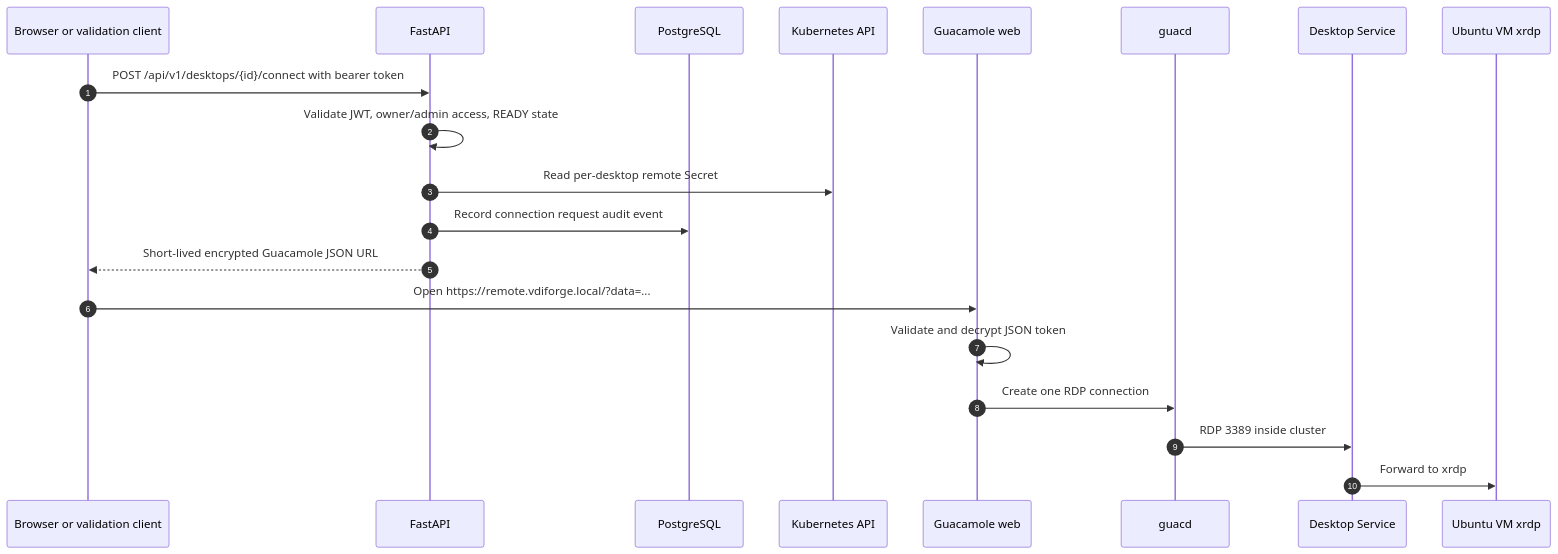
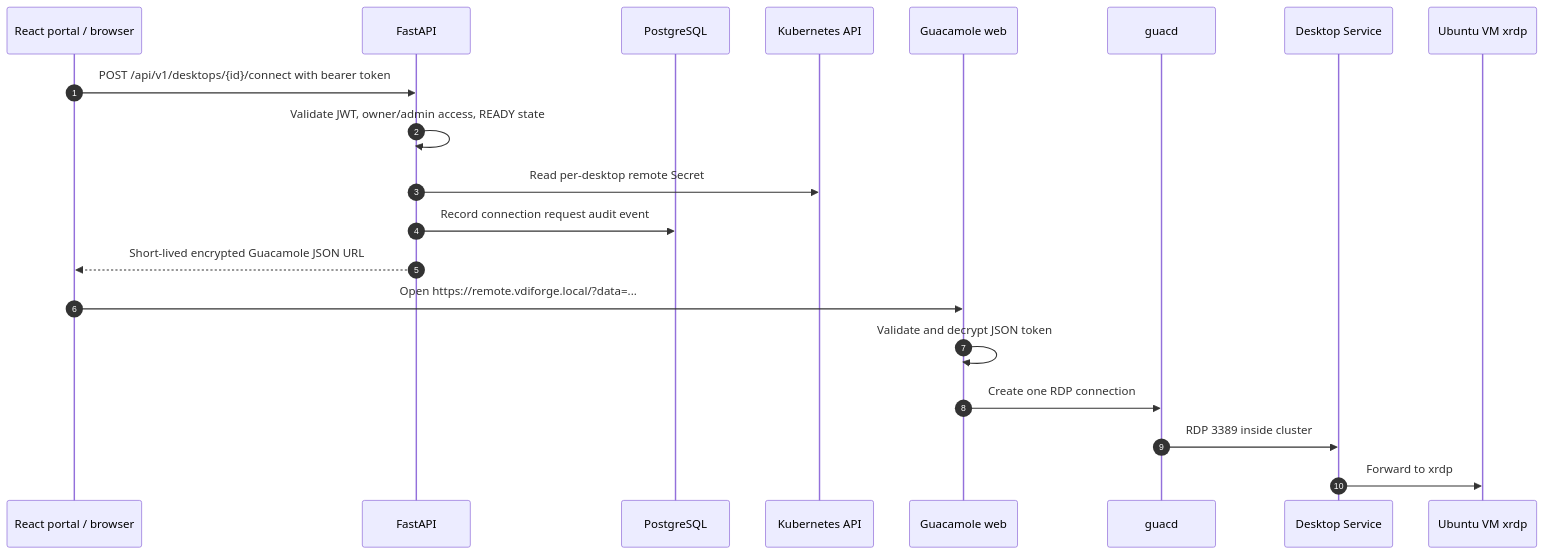
Before and after one commit to happelj/VDIForge: diagram 11 of 13 in docs/ARCHITECTURE.md, drawn with Mermaid. The commit also changed other lines of this file and 74 other files, not shown here.

Commit message:
feat: add React self-service portal

````diff
--- a/docs/ARCHITECTURE.md
+++ b/docs/ARCHITECTURE.md
@@ -326,23 +328,23 @@
 ```mermaid
 sequenceDiagram
   autonumber
-  participant B as Browser or validation client
+  participant B as React portal / browser
   participant A as FastAPI
   participant D as PostgreSQL
   participant K as Kubernetes API
   participant G as Guacamole web
   participant GD as guacd
   participant S as Desktop Service
   participant VM as Ubuntu VM xrdp
 
   B->>A: POST /api/v1/desktops/{id}/connect with bearer token
   A->>A: Validate JWT, owner/admin access, READY state
   A->>K: Read per-desktop remote Secret
   A->>D: Record connection request audit event
   A-->>B: Short-lived encrypted Guacamole JSON URL
   B->>G: Open https://remote.vdiforge.local/?data=...
   G->>G: Validate and decrypt JSON token
   G->>GD: Create one RDP connection
   GD->>S: RDP 3389 inside cluster
   S->>VM: Forward to xrdp
 ```
````
